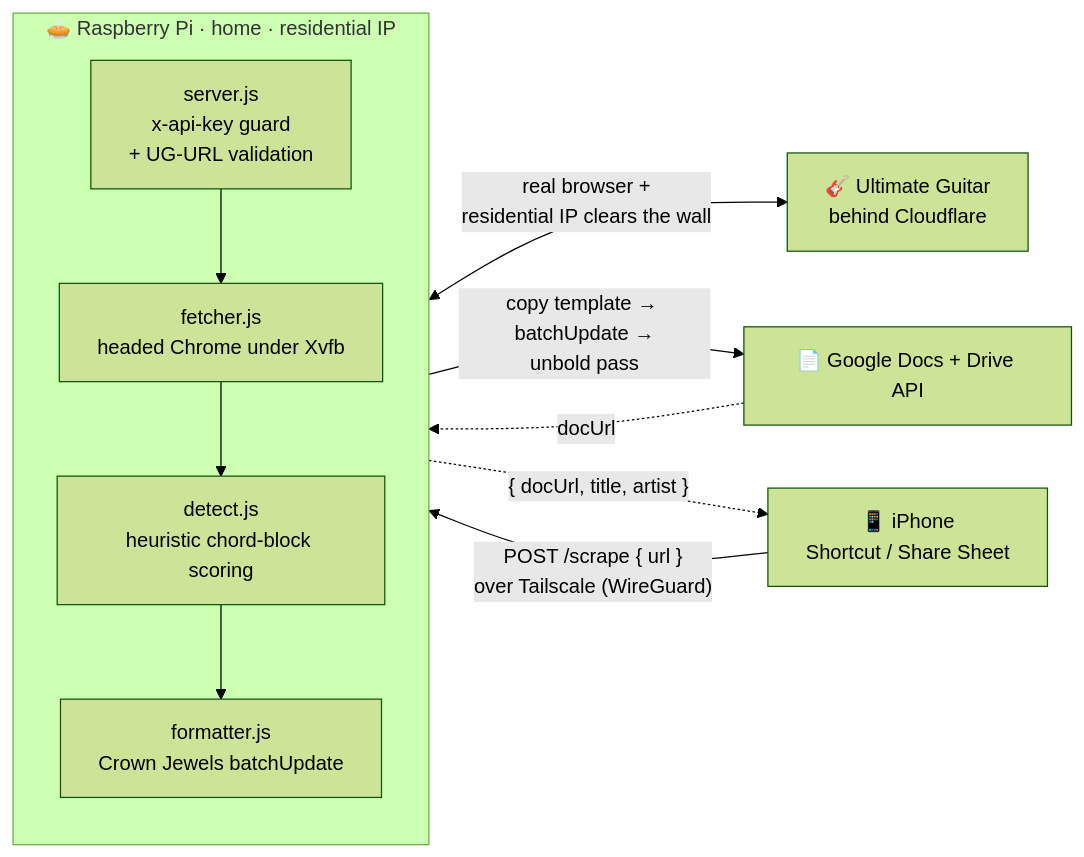
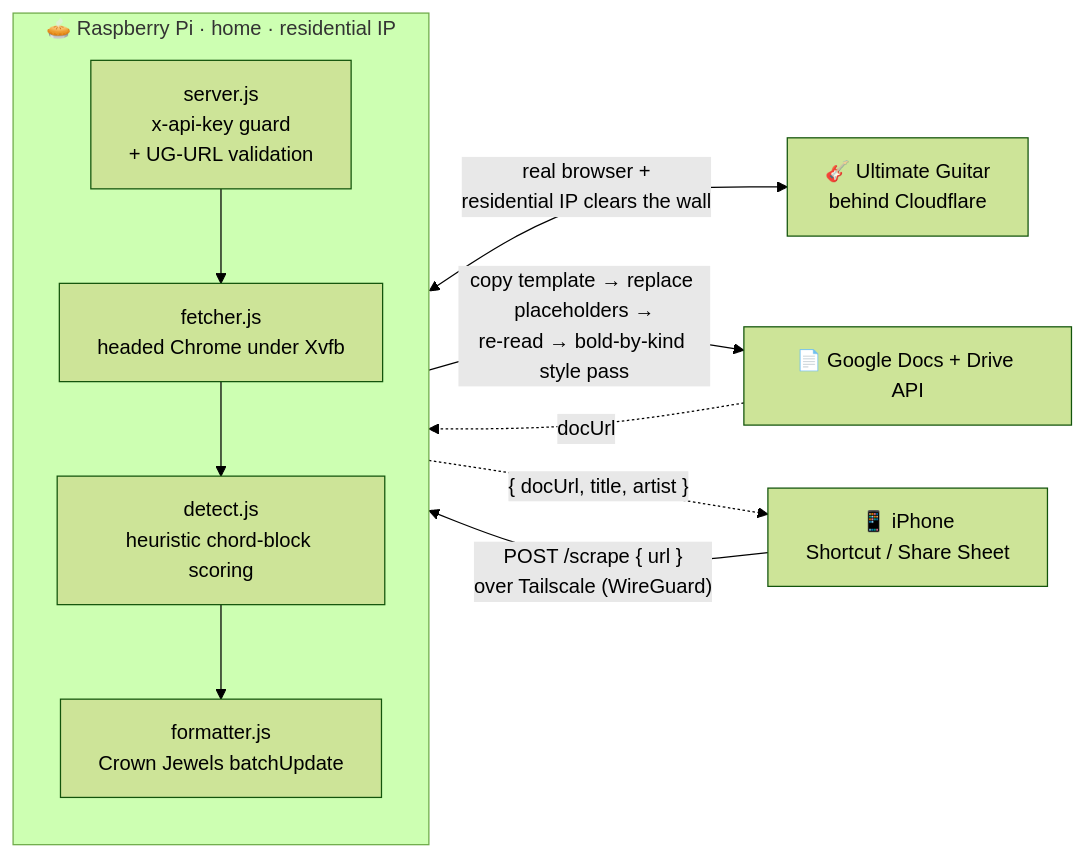
One commit to konjoinfinity/songscraper changed the diagram in README.md. Above: the diagram before and after it, drawn with Mermaid (forest theme). The commit also changed other lines of this file and 13 other files, not shown here.

````diff
--- a/README.md
+++ b/README.md
@@ -26,22 +26,22 @@
 ```mermaid
 flowchart LR
     phone["📱 iPhone<br/>Shortcut / Share Sheet"]
 
     subgraph pi["🥧 Raspberry Pi · home · residential IP"]
         direction TB
         ex["server.js<br/>x-api-key guard<br/>+ UG-URL validation"]
         fe["fetcher.js<br/>headed Chrome under Xvfb"]
         det["detect.js<br/>heuristic chord-block scoring"]
         fmt["formatter.js<br/>Crown Jewels batchUpdate"]
         ex --> fe --> det --> fmt
     end
 
     ug["🎸 Ultimate Guitar<br/>behind Cloudflare"]
     g["📄 Google Docs + Drive API"]
 
     phone -->|"POST /scrape { url }<br/>over Tailscale (WireGuard)"| ex
     fe <-->|"real browser +<br/>residential IP clears the wall"| ug
-    fmt -->|"copy template → batchUpdate →<br/>unbold pass"| g
+    fmt -->|"copy template → replace placeholders →<br/>re-read → bold-by-kind style pass"| g
     g -.->|"docUrl"| ex
     ex -.->|"{ docUrl, title, artist }"| phone
 ```
````
